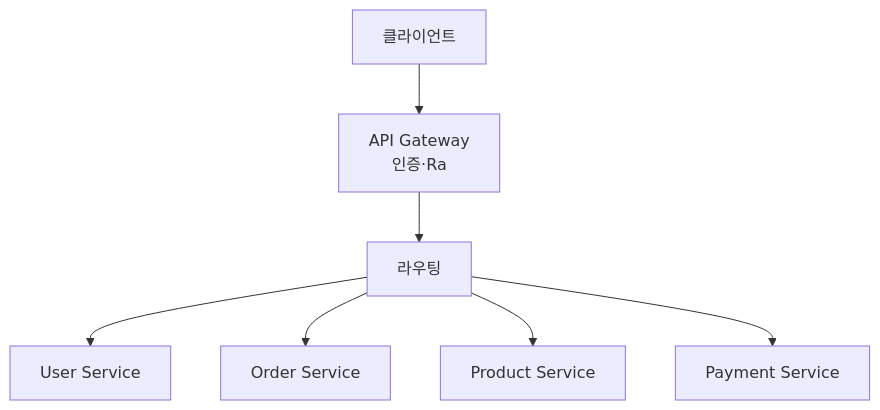
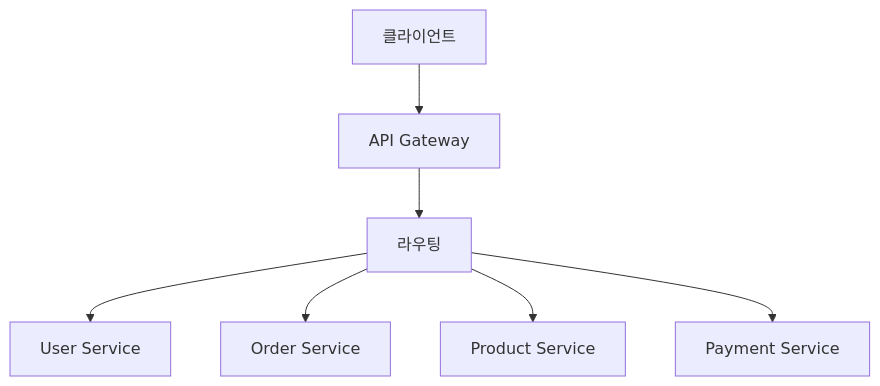
The first of 3 diagrams in _posts/spring/2026-05-01-spring-cloud-gateway.md (yjkim2015/yjkim2015.github.io), drawn with Mermaid before and after one commit. The commit also changed other lines of this file and 217 other files, not shown here.

First line of the commit message:
Mermaid 크기 수정: useMaxWidth:true + SVG max-width:100% + 라벨 축소

````diff
--- a/_posts/spring/2026-05-01-spring-cloud-gateway.md
+++ b/_posts/spring/2026-05-01-spring-cloud-gateway.md
@@ -21,9 +21,9 @@
 ```mermaid
 graph TD
-    C["클라이언트"] --> GW["API Gateway\n인증·Ra"]
+    C["클라이언트"] --> GW["API Gateway"]
     GW --> R["라우팅"]
     R --> US["User Service"]
     R --> OS["Order Service"]
     R --> PS["Product Service"]
     R --> PAY["Payment Service"]
 ```
````
